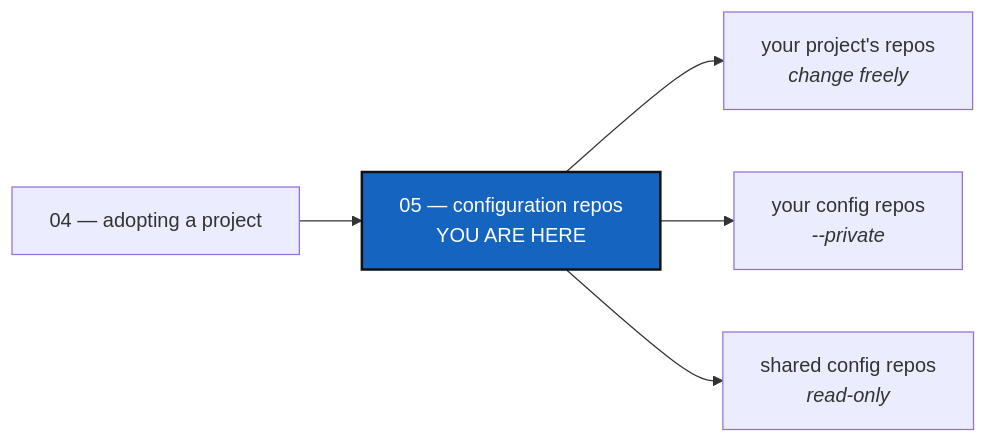
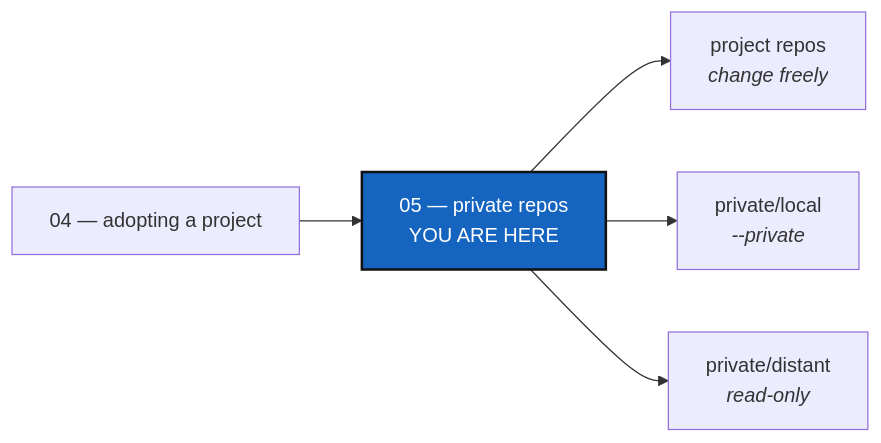
The diagram in tutorials/05_private_repos.md (flipoyo/ComplexGitSync), drawn with Mermaid before and after one commit. The commit also changed other lines of this file and 8 other files, not shown here.

````diff
--- a/tutorials/05_private_repos.md
+++ b/tutorials/05_private_repos.md
@@ -27,10 +24,10 @@
 ```mermaid
 graph LR
-    T4["04 — adopting a project"] --> T5["05 — configuration repos<br/>YOU ARE HERE"]
-    T5 --> OWN["your project's repos<br/><i>change freely</i>"]
-    T5 --> MINE["your config repos<br/><i>--private</i>"]
-    T5 --> SHARED["shared config repos<br/><i>read-only</i>"]
+    T4["04 — adopting a project"] --> T5["05 — private repos<br/>YOU ARE HERE"]
+    T5 --> OWN["project repos<br/><i>change freely</i>"]
+    T5 --> MINE["private/local<br/><i>--private</i>"]
+    T5 --> SHARED["private/distant<br/><i>read-only</i>"]
 
     classDef here fill:#1565C0,color:#fff,stroke:#111,stroke-width:2px;
     class T5 here;
 ```
````
